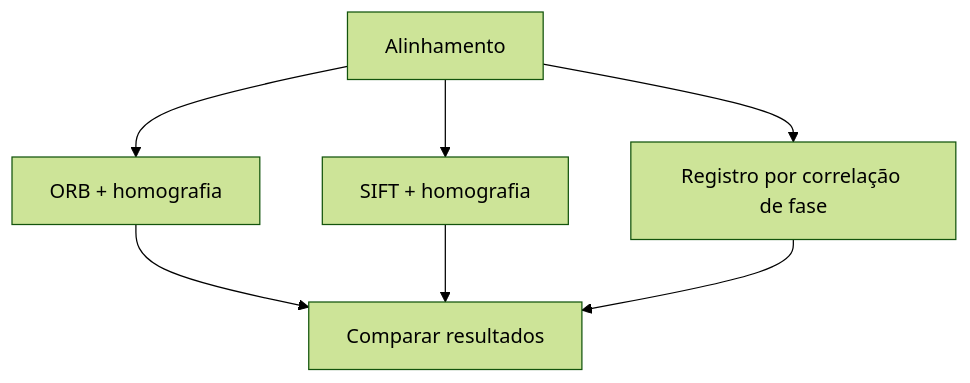
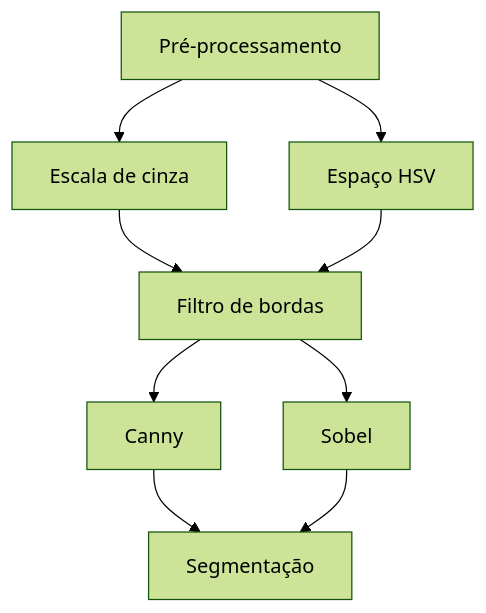
One commit to Mateusrlohnn/projeto-vistoria-veiculos changed the second of 2 diagrams in docs/proposta.md. Above: the diagram before and after it, drawn with Mermaid (forest theme). The commit also changed other lines of this file and 1 other file, not shown here.

````diff
--- a/docs/proposta.md
+++ b/docs/proposta.md
@@ -72,9 +92,11 @@
 ```mermaid
 flowchart TD
-    D[Alinhamento] --> D1[ORB + homografia]
-    D[Alinhamento] --> D2[SIFT + homografia]
-    D[Alinhamento] --> D3[Registro por correlação de fase]
-    D1 --> X[Comparar resultados]
-    D2 --> X
-    D3 --> X
+    B[Pré-processamento] --> B1[Escala de cinza]
+    B[Pré-processamento] --> B2[Espaço HSV]
+    B1 --> C[Filtro de bordas]
+    B2 --> C
+    C --> C1[Canny]
+    C --> C2[Sobel]
+    C1 --> D[Segmentação]
+    C2 --> D
 ```
````
